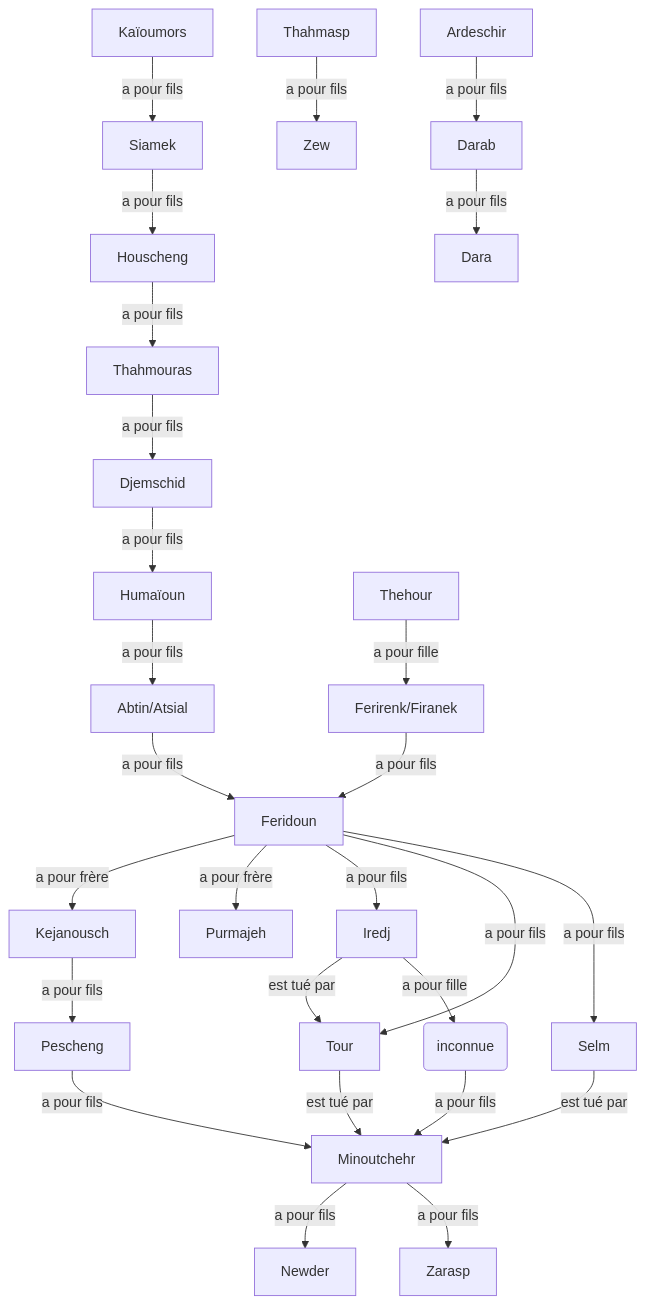
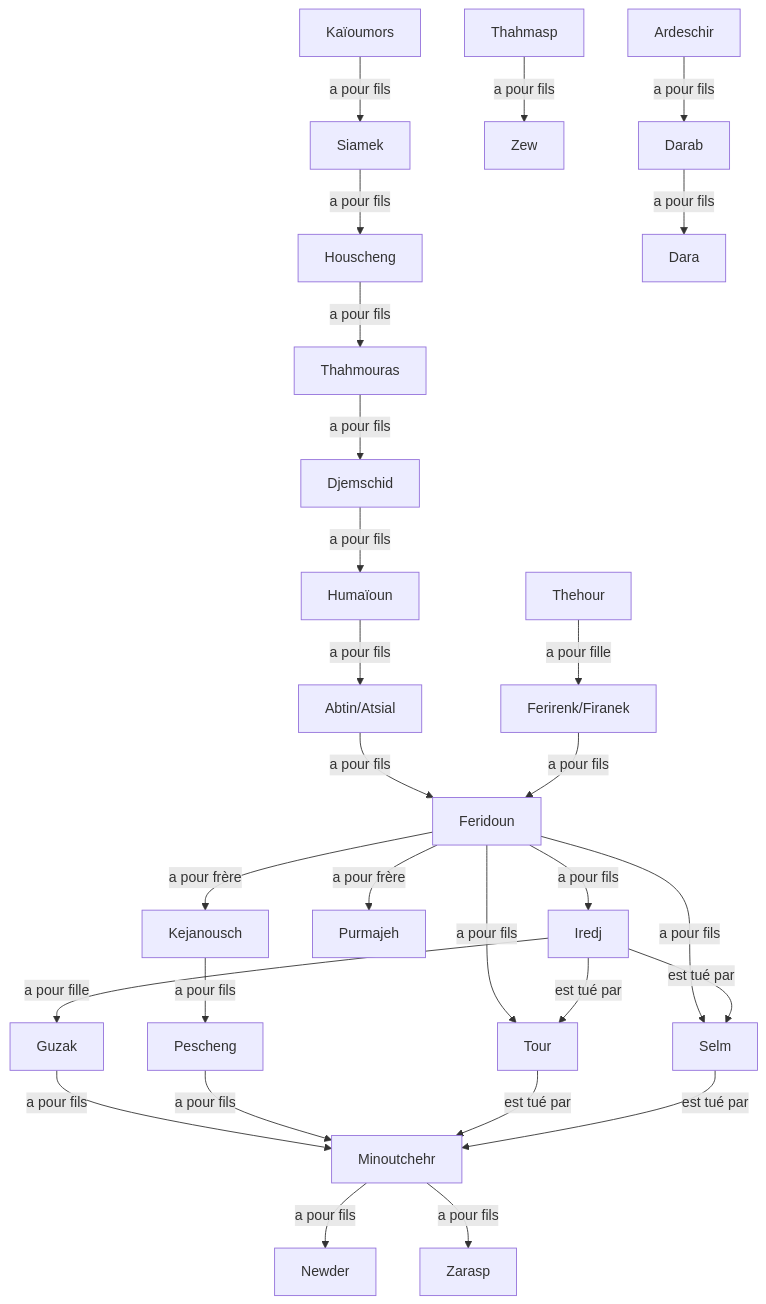
The diagram in src/graphs/fr/kaioumors/kaioumors.mmd (hdorgeval/le-livre-des-rois), drawn with Mermaid before and after one commit.

Commit message:
feat(kaioumors/fr): update genealogy graph

```diff
--- a/src/graphs/fr/kaioumors/kaioumors.mmd
+++ b/src/graphs/fr/kaioumors/kaioumors.mmd
@@ -1,27 +1,28 @@
 graph TD
 Kaïoumors --a pour fils--> Siamek
 Siamek --a pour fils--> Houscheng
 Houscheng --a pour fils--> Thahmouras
 Thahmouras --a pour fils--> Djemschid
 Djemschid --a pour fils--> Humaïoun
 Humaïoun --a pour fils-->Abtin/Atsial
 Abtin/Atsial --a pour fils--> Feridoun
 Thehour --a pour fille--> Ferirenk/Firanek
 Ferirenk/Firanek --a pour fils--> Feridoun
 Feridoun --a pour frère--> Kejanousch
 Feridoun --a pour frère--> Purmajeh
 Thahmasp --a pour fils--> Zew
 Ardeschir --a pour fils--> Darab
 Darab --a pour fils--> Dara
 Feridoun --a pour fils-->Iredj
 Feridoun --a pour fils-->Tour
 Feridoun --a pour fils-->Selm
 Iredj --est tué par--> Tour
+Iredj --est tué par--> Selm
 Kejanousch --a pour fils-->Pescheng
-Iredj --a pour fille--> Y(inconnue)
-Y --a pour fils--> Minoutchehr
+Iredj --a pour fille--> Guzak
+Guzak --a pour fils--> Minoutchehr
 Pescheng --a pour fils--> Minoutchehr
 Tour --est tué par-->Minoutchehr
 Selm --est tué par-->Minoutchehr
 Minoutchehr --a pour fils--> Newder
 Minoutchehr --a pour fils--> Zarasp
```
